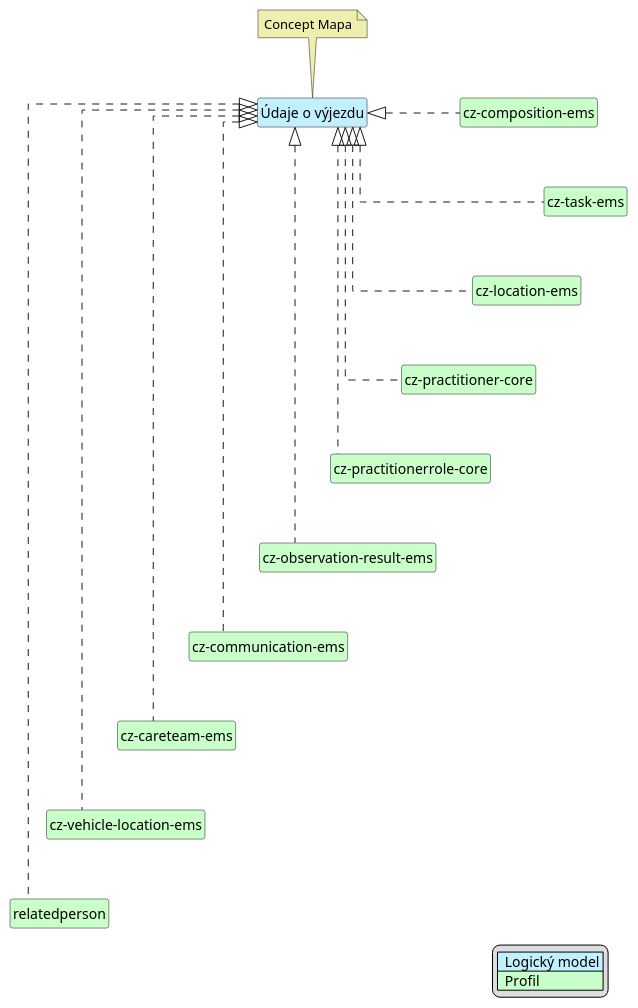
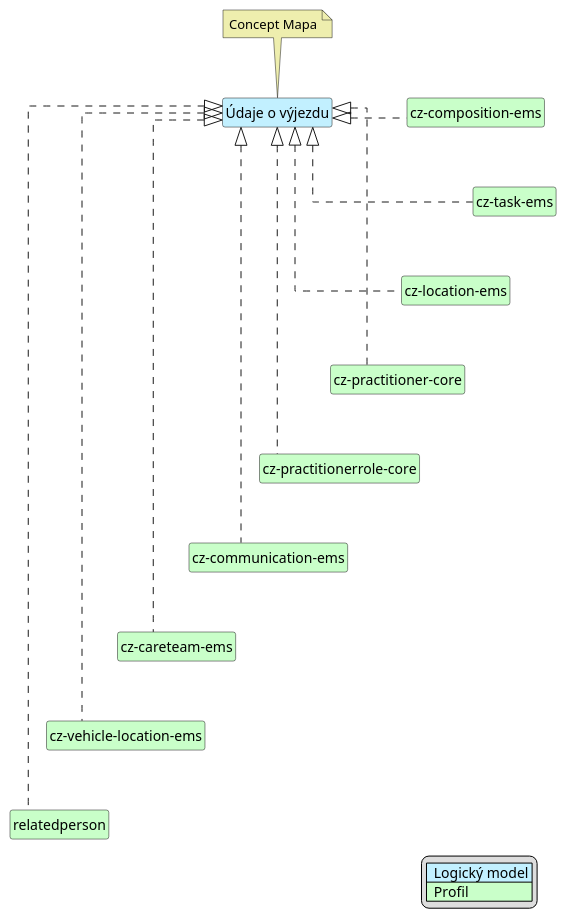
Before and after one commit to HL7-cz/cz-ems: the diagram in input/images-source/emsDispatchData-map-cs.plantuml, drawn with PlantUML. The commit also changed 9 other files, not shown here.

```diff
--- a/input/images-source/emsDispatchData-map-cs.plantuml
+++ b/input/images-source/emsDispatchData-map-cs.plantuml
@@ -1,53 +1,50 @@
 @startuml
 hide circle
 hide stereotype
 hide members
 hide methods
 skinparam linetype ortho
 skinparam class {
 BackgroundColor<<LogicalModel>> #APPLICATION
 BackgroundColor<<Profile>> #TECHNOLOGY
 }
 legend right
 | <#APPLICATION>  Logický model |
 | <#TECHNOLOGY>  Profil |
 endlegend
 
 class "Údaje o výjezdu" <<LogicalModel>> [[StructureDefinition-LogDispatchDataCz.html]]
 note top #EEEEAE [[ConceptMap-DispatchDataEMS2FHIR-cz.html]]
 Concept Mapa
 endnote
 
 class "cz-composition-ems" <<Profile>> [[StructureDefinition-cz-composition-ems.html]]
 class "cz-task-ems" <<Profile>> [[StructureDefinition-cz-task-ems.html]]
 class "cz-vehicle-location-ems" <<Profile>> [[StructureDefinition-cz-vehicle-location-ems.html]]
 class "cz-location-ems" <<Profile>> [[StructureDefinition-cz-location-ems.html]]
 class "cz-careteam-ems" <<Profile>> [[StructureDefinition-cz-careteam-ems.html]]
 class "cz-practitioner-core" <<Profile>> [[https://build.fhir.org/ig/HL7-cz/cz-core/StructureDefinition-cz-practitioner-core.html]]
 class "cz-practitionerrole-core" <<Profile>> [[https://build.fhir.org/ig/HL7-cz/cz-core/StructureDefinition-cz-practitionerrole-core.html]]
-class "cz-observation-result-ems" <<Profile>> [[StructureDefinition-cz-observation-result-ems.html]]
 class "cz-communication-ems" <<Profile>> [[StructureDefinition-cz-communication-ems.html]]
 class "relatedperson" <<Profile>> [[https://hl7.org/fhir/R4/relatedperson.html]]
 
 "Údaje o výjezdu" <|. "cz-composition-ems"
 "Údaje o výjezdu" <|. "cz-task-ems"
 "Údaje o výjezdu" <|. "cz-location-ems"
 "Údaje o výjezdu" <|. "cz-careteam-ems"
 "Údaje o výjezdu" <|. "cz-practitioner-core"
 "Údaje o výjezdu" <|. "cz-practitionerrole-core"
-"Údaje o výjezdu" <|. "cz-observation-result-ems"
 "Údaje o výjezdu" <|. "cz-communication-ems"
 "Údaje o výjezdu" <|. "cz-vehicle-location-ems"
 "Údaje o výjezdu" <|. "relatedperson"
 
 "cz-composition-ems" -d[hidden]-> "cz-task-ems"
 "cz-task-ems" -d[hidden]-> "cz-location-ems"
 "cz-location-ems" -d[hidden]-> "cz-practitioner-core"
 "cz-practitioner-core" -d[hidden]-> "cz-practitionerrole-core"
-"cz-practitionerrole-core" -d[hidden]-> "cz-observation-result-ems"
-"cz-observation-result-ems" -d[hidden]-> "cz-communication-ems"
+"cz-practitionerrole-core" -d[hidden]-> "cz-communication-ems"
 "cz-communication-ems" -d[hidden]-> "cz-careteam-ems"
 "cz-careteam-ems" -d[hidden]-> "cz-vehicle-location-ems"
 "cz-vehicle-location-ems" -d[hidden]-> "relatedperson"
 
 @enduml
```
